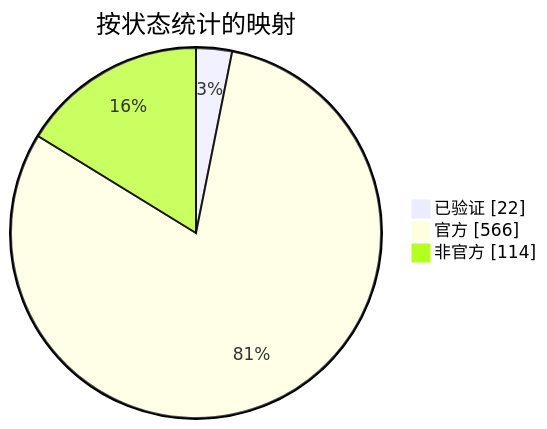
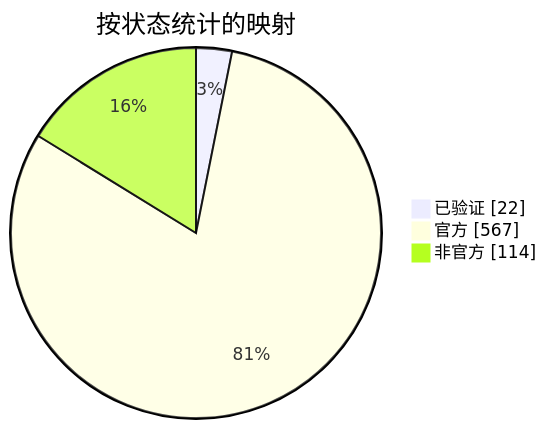
Before and after one commit to nobrega8/mbmap-library: the diagram in docs/readme/README_ZHS.md, drawn with Mermaid. The commit also changed 6 other files, not shown here.

````diff
--- a/docs/readme/README_ZHS.md
+++ b/docs/readme/README_ZHS.md
@@ -54,7 +54,7 @@
 ```mermaid
 pie showData
     title 按状态统计的映射
     "已验证" : 22
-    "官方" : 566
+    "官方" : 567
     "非官方" : 114
 ```
````
